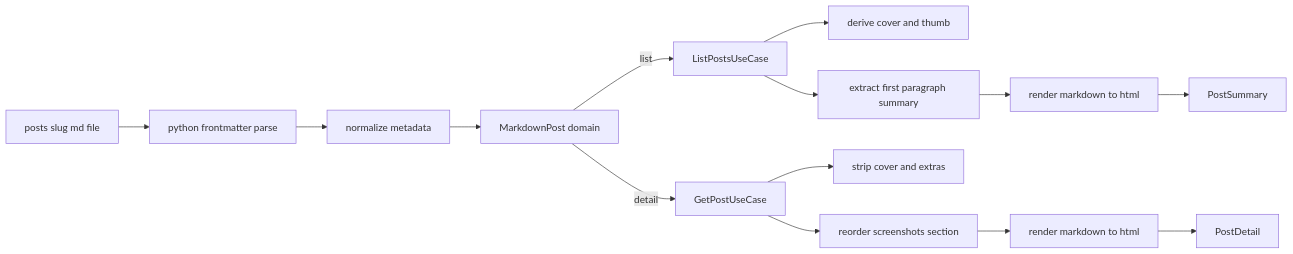
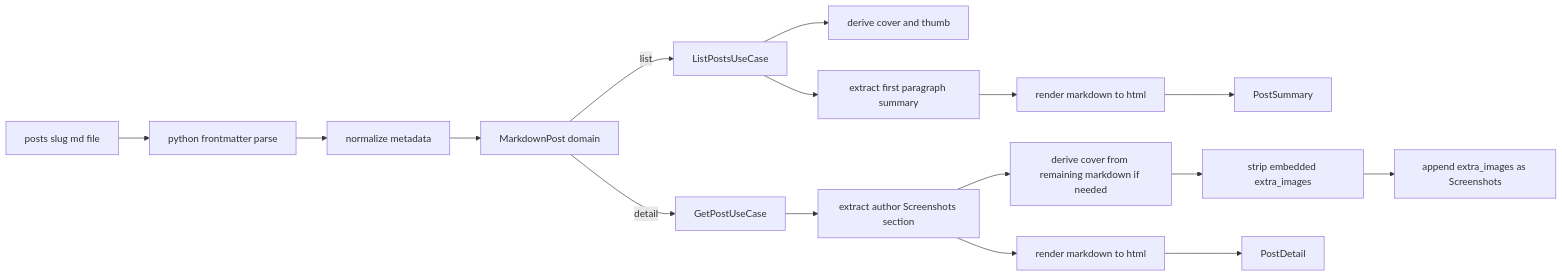
Before and after one commit to oernster/crankthecode: the second of 2 diagrams in ARCHITECTURE.md, drawn with Mermaid. The commit also changed other lines of this file, not shown here.

````diff
--- a/ARCHITECTURE.md
+++ b/ARCHITECTURE.md
@@ -206,19 +214,21 @@
 ```mermaid
 flowchart LR
   MD[posts slug md file] --> FM[python frontmatter parse]
   FM --> NORM[normalize metadata]
   NORM --> MP[MarkdownPost domain]
 
   MP -->|list| LUC[ListPostsUseCase]
   MP -->|detail| GUC[GetPostUseCase]
 
   LUC --> COV1[derive cover and thumb]
   LUC --> SUM1[extract first paragraph summary]
   SUM1 --> REND1[render markdown to html]
   REND1 --> PS[PostSummary]
 
-  GUC --> COV2[strip cover and extras]
-  GUC --> SEC[reorder screenshots section]
+  GUC --> SEC[extract author Screenshots section]
+  SEC --> COV2[derive cover from remaining markdown if needed]
+  COV2 --> STRIP[strip embedded extra_images]
+  STRIP --> XIMG[append extra_images as Screenshots]
   SEC --> REND2[render markdown to html]
   REND2 --> PD[PostDetail]
 ```
````
